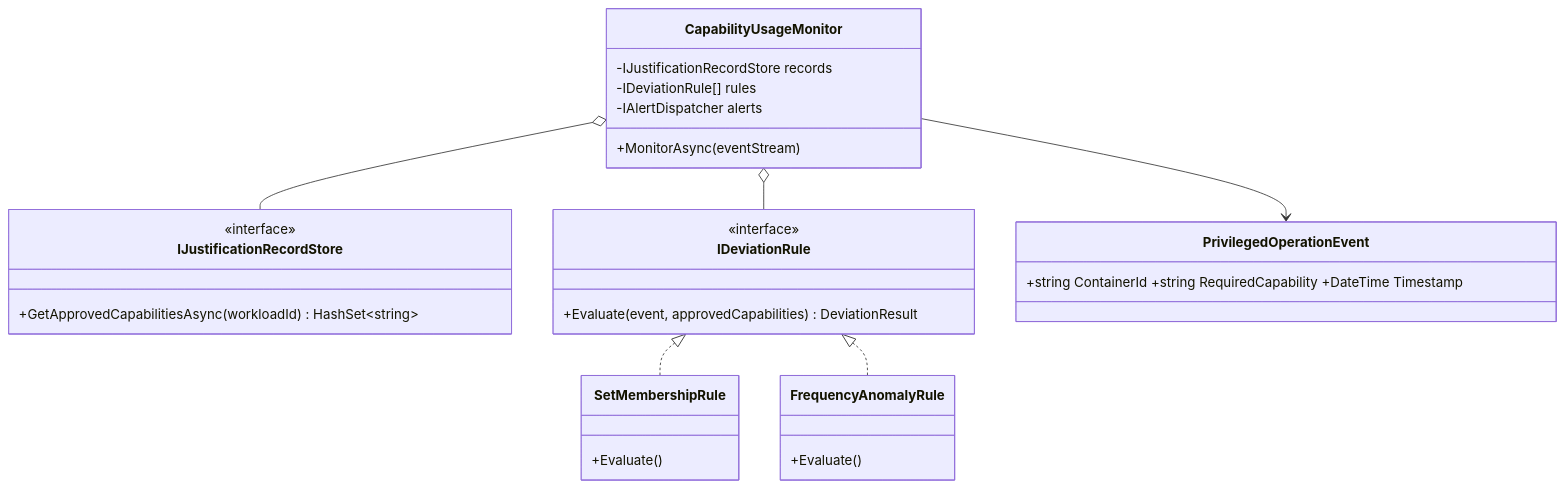
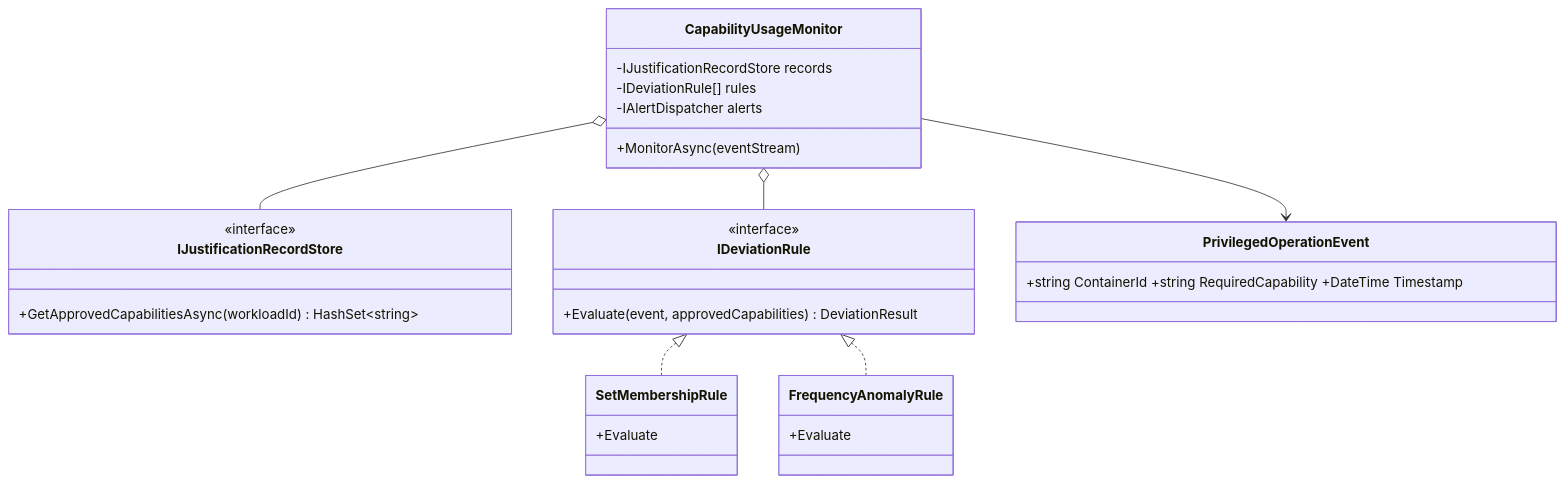
The third of 4 diagrams in 24-Docker/03-Runtime-Internals-Namespaces-Cgroups-Seccomp.md (umashankarp/InterviewQuestions), drawn with Mermaid before and after one commit. The commit also changed other lines of this file and 173 other files, not shown here.

````diff
--- a/24-Docker/03-Runtime-Internals-Namespaces-Cgroups-Seccomp.md
+++ b/24-Docker/03-Runtime-Internals-Namespaces-Cgroups-Seccomp.md
@@ -468,26 +468,26 @@
 ```mermaid
 classDiagram
-    class CapabilityUsageMonitor {
-        -IJustificationRecordStore records
-        -IDeviationRule[] rules
-        -IAlertDispatcher alerts
-        +MonitorAsync(eventStream)
-    }
-    class IJustificationRecordStore {
-        <<interface>>
-        +GetApprovedCapabilitiesAsync(workloadId) HashSet~string~
-    }
-    class IDeviationRule {
-        <<interface>>
-        +Evaluate(event, approvedCapabilities) DeviationResult
-    }
-    class SetMembershipRule { +Evaluate() }
-    class FrequencyAnomalyRule { +Evaluate() }
-    class PrivilegedOperationEvent { +string ContainerId +string RequiredCapability +DateTime Timestamp }
+ class CapabilityUsageMonitor {
+ -IJustificationRecordStore records
+ -IDeviationRule[] rules
+ -IAlertDispatcher alerts
+ +MonitorAsync(eventStream)
+ }
+ class IJustificationRecordStore {
+ <<interface>>
+ +GetApprovedCapabilitiesAsync(workloadId) HashSet~string~
+ }
+ class IDeviationRule {
+ <<interface>>
+ +Evaluate(event, approvedCapabilities) DeviationResult
+ }
+ class SetMembershipRule { +Evaluate }
+ class FrequencyAnomalyRule { +Evaluate }
+ class PrivilegedOperationEvent { +string ContainerId +string RequiredCapability +DateTime Timestamp }
 
-    CapabilityUsageMonitor o-- IJustificationRecordStore
-    CapabilityUsageMonitor o-- IDeviationRule
-    CapabilityUsageMonitor --> PrivilegedOperationEvent
-    IDeviationRule <|.. SetMembershipRule
-    IDeviationRule <|.. FrequencyAnomalyRule
+ CapabilityUsageMonitor o-- IJustificationRecordStore
+ CapabilityUsageMonitor o-- IDeviationRule
+ CapabilityUsageMonitor --> PrivilegedOperationEvent
+ IDeviationRule <|.. SetMembershipRule
+ IDeviationRule <|.. FrequencyAnomalyRule
 ```
````
